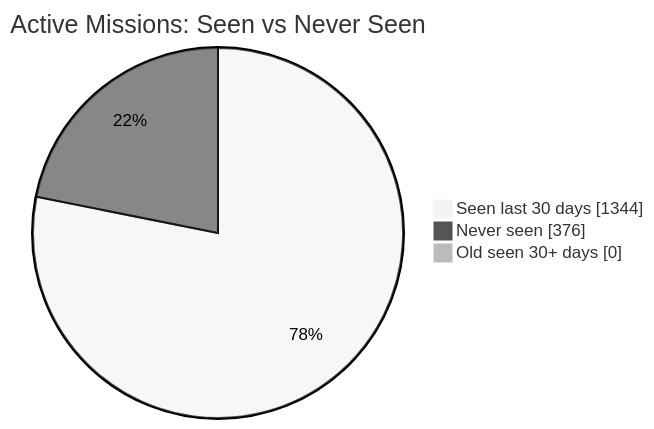
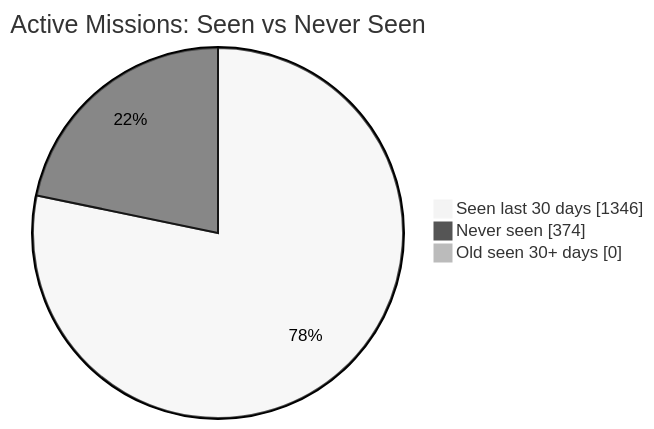
One commit to MeldkamerspelGameTeam/active-missions changed the first of 2 diagrams in README.md. Above: the diagram before and after it, drawn with Mermaid (neutral theme). The commit also changed other lines of this file and 2 other files, not shown here.

````diff
--- a/README.md
+++ b/README.md
@@ -34,7 +34,7 @@
 ```mermaid
 pie showData
     title Active Missions: Seen vs Never Seen
-    "Seen last 30 days" : 1344
-    "Never seen" : 376
+    "Seen last 30 days" : 1346
+    "Never seen" : 374
     "Old seen 30+ days" : 0
 ```
````
